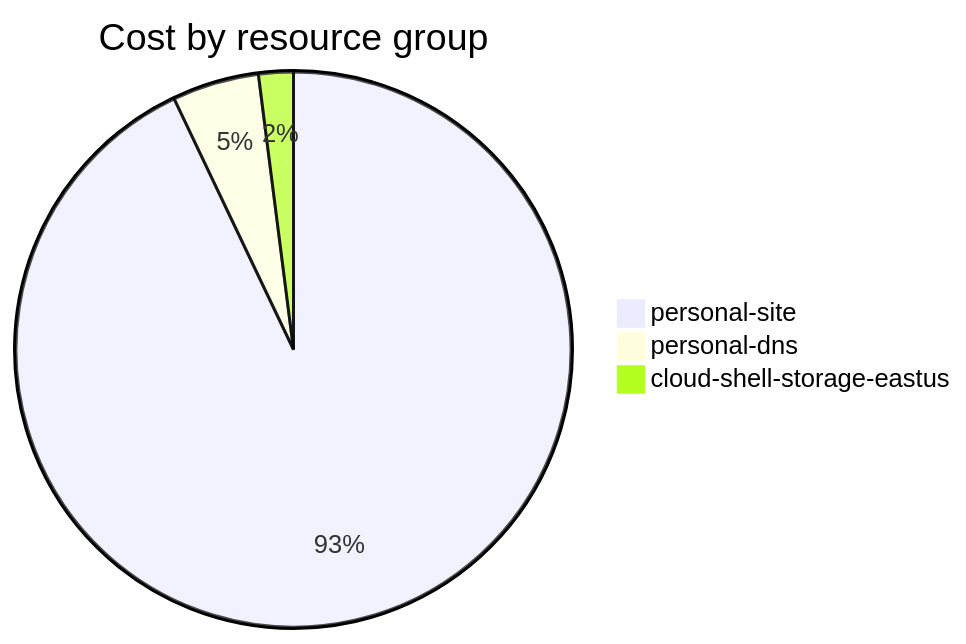
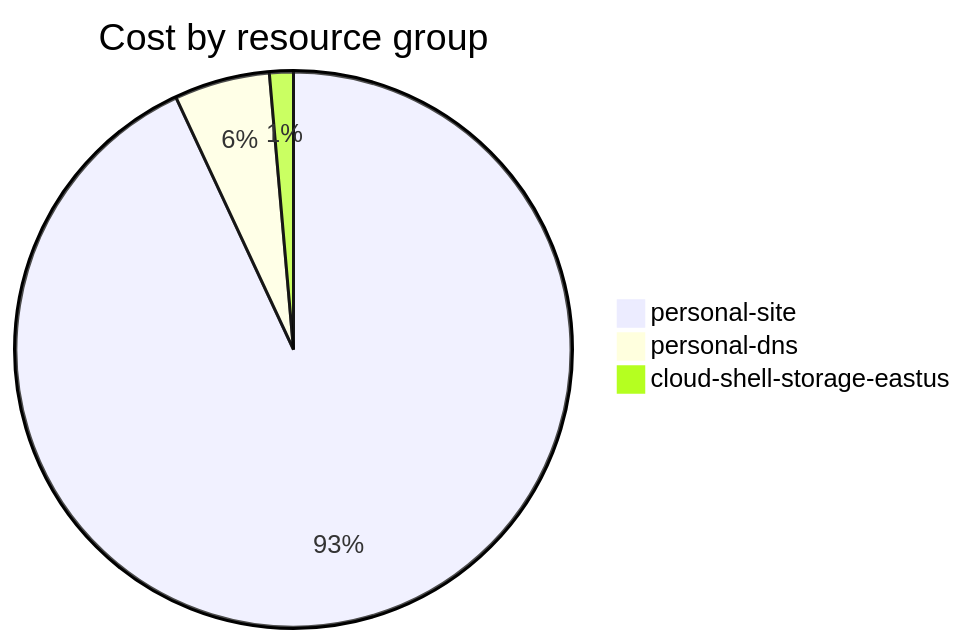
One commit to jpfulton/azure-personal-reports changed the fourth of 4 diagrams in cost-reports/accumulated-cost.md. Above: the diagram before and after it, drawn with Mermaid. The commit also changed other lines of this file and 4 other files, not shown here.

````diff
--- a/cost-reports/accumulated-cost.md
+++ b/cost-reports/accumulated-cost.md
@@ -139,7 +139,7 @@
 ```mermaid
 pie
    title Cost by resource group
-   "personal-site" : 0.92
-   "personal-dns" : 0.05
+   "personal-site" : 1.34
+   "personal-dns" : 0.08
    "cloud-shell-storage-eastus" : 0.02
 ```
````
